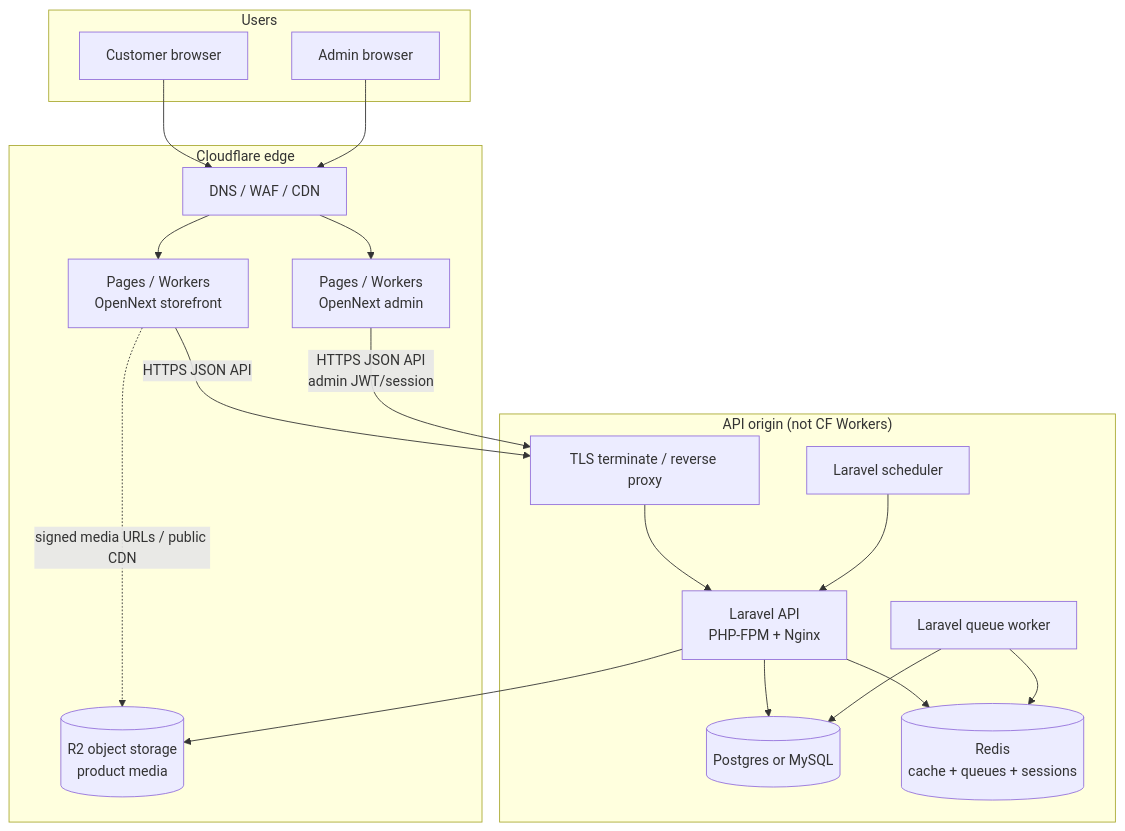
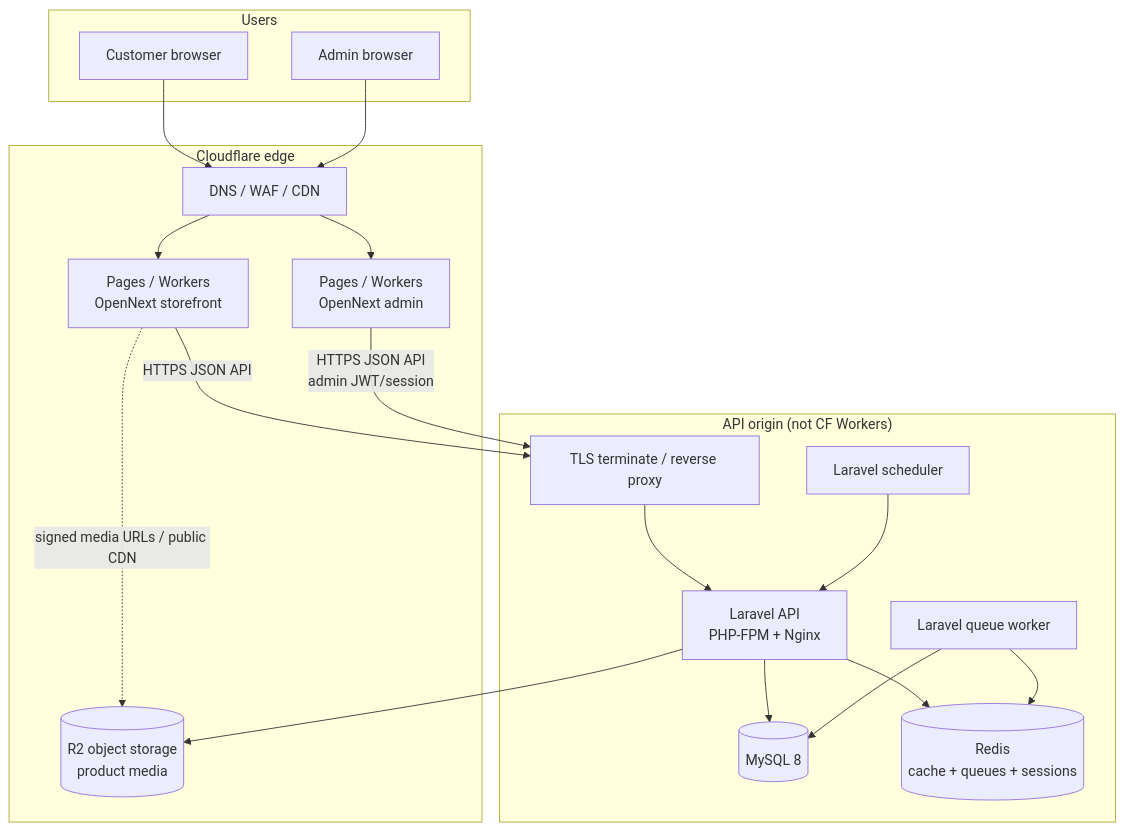
Before and after one commit to niketanbothe01/Kayamrut-Farms: the first of 2 diagrams in docs/architecture-plan.md, drawn with Mermaid. The commit also changed other lines of this file and 1 other file, not shown here.

First line of the commit message:
Decide on MySQL 8 as the application database

````diff
--- a/docs/architecture-plan.md
+++ b/docs/architecture-plan.md
@@ -30,35 +30,35 @@
 ```mermaid
 flowchart TB
   subgraph Users
     C[Customer browser]
     A[Admin browser]
   end
 
   subgraph Cloudflare["Cloudflare edge"]
     DNS[DNS / WAF / CDN]
     CFPages["Pages / Workers<br/>OpenNext storefront"]
     CFAdmin["Pages / Workers<br/>OpenNext admin"]
     R2[(R2 object storage<br/>product media)]
   end
 
   subgraph Origin["API origin (not CF Workers)"]
     LB[TLS terminate / reverse proxy]
     API["Laravel API<br/>PHP-FPM + Nginx"]
     Queue["Laravel queue worker"]
     Scheduler["Laravel scheduler"]
-    DB[(Postgres or MySQL)]
+    DB[(MySQL 8)]
     Redis[(Redis<br/>cache + queues + sessions)]
   end
 
   C --> DNS --> CFPages
   A --> DNS --> CFAdmin
   CFPages -->|"HTTPS JSON API"| LB --> API
   CFAdmin -->|"HTTPS JSON API<br/>admin JWT/session"| LB
   API --> DB
   API --> Redis
   Queue --> Redis
   Queue --> DB
   Scheduler --> API
   API --> R2
   CFPages -.->|"signed media URLs / public CDN"| R2
 ```
````
